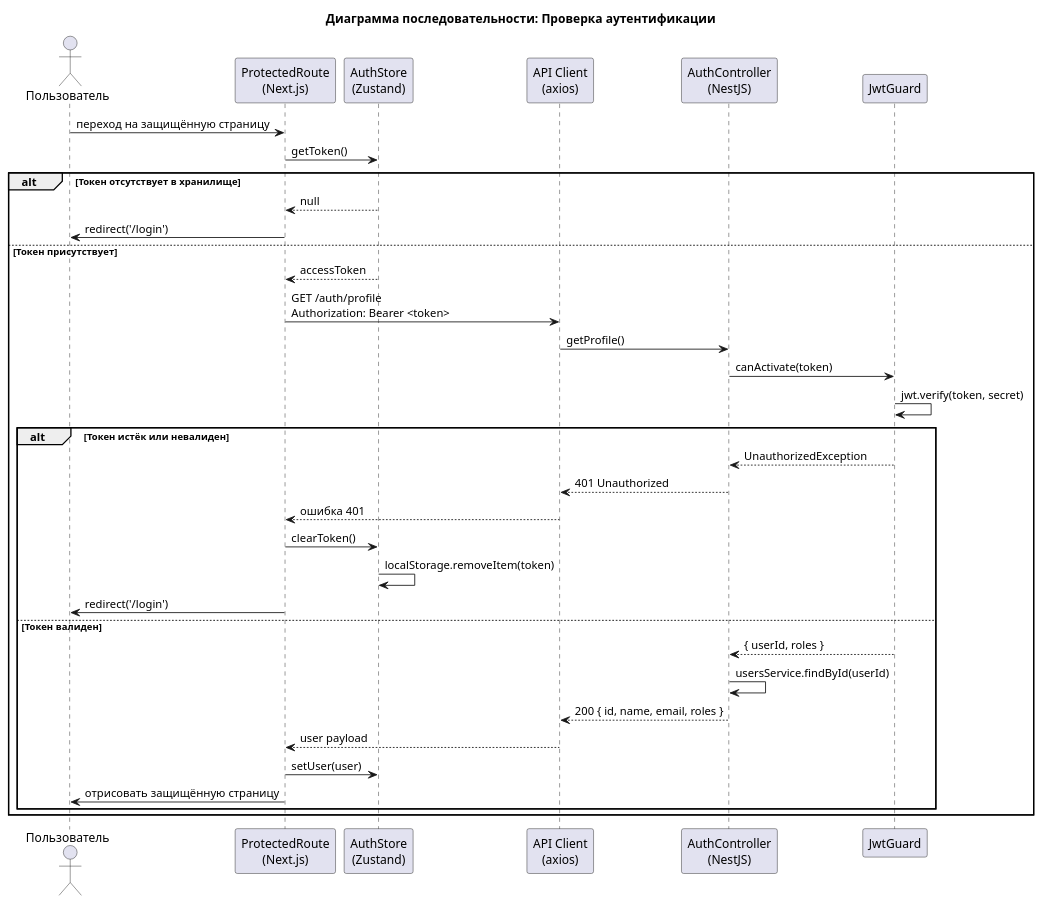
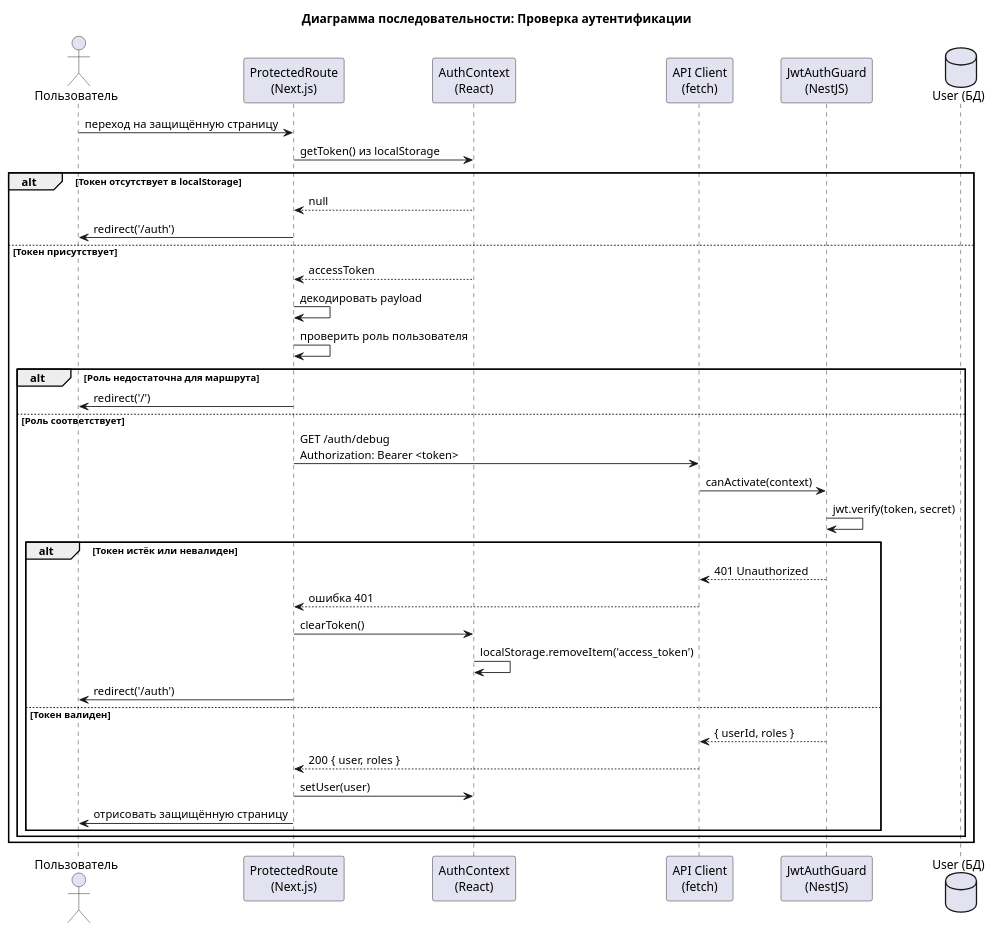
The diagram in пояснительная записка/diagrams/seq_02_authentication.puml (DoniZefironi/ASOI-Diploma), drawn with PlantUML before and after one commit. The commit also changed 13 other files, not shown here.

```diff
--- a/пояснительная записка/diagrams/seq_02_authentication.puml
+++ b/пояснительная записка/diagrams/seq_02_authentication.puml
@@ -1,41 +1,44 @@
 @startuml
 title Диаграмма последовательности: Проверка аутентификации
 
 actor Пользователь as User
 participant "ProtectedRoute\n(Next.js)" as PR
-participant "AuthStore\n(Zustand)" as AS
-participant "API Client\n(axios)" as API
-participant "AuthController\n(NestJS)" as AC
-participant "JwtGuard" as JG
+participant "AuthContext\n(React)" as AC
+participant "API Client\n(fetch)" as API
+participant "JwtAuthGuard\n(NestJS)" as JG
+database "User (БД)" as DB
 
 User -> PR: переход на защищённую страницу
-PR -> AS: getToken()
+PR -> AC: getToken() из localStorage
 
-alt Токен отсутствует в хранилище
-  AS --> PR: null
-  PR -> User: redirect('/login')
+alt Токен отсутствует в localStorage
+  AC --> PR: null
+  PR -> User: redirect('/auth')
 else Токен присутствует
-  AS --> PR: accessToken
-  PR -> API: GET /auth/profile\nAuthorization: Bearer <token>
-  API -> AC: getProfile()
-  AC -> JG: canActivate(token)
-  JG -> JG: jwt.verify(token, secret)
+  AC --> PR: accessToken
+  PR -> PR: декодировать payload
+  PR -> PR: проверить роль пользователя
 
-  alt Токен истёк или невалиден
-    JG --> AC: UnauthorizedException
-    AC --> API: 401 Unauthorized
-    API --> PR: ошибка 401
-    PR -> AS: clearToken()
-    AS -> AS: localStorage.removeItem(token)
-    PR -> User: redirect('/login')
-  else Токен валиден
-    JG --> AC: { userId, roles }
-    AC -> AC: usersService.findById(userId)
-    AC --> API: 200 { id, name, email, roles }
-    API --> PR: user payload
-    PR -> AS: setUser(user)
-    PR -> User: отрисовать защищённую страницу
+  alt Роль недостаточна для маршрута
+    PR -> User: redirect('/')
+  else Роль соответствует
+    PR -> API: GET /auth/debug\nAuthorization: Bearer <token>
+    API -> JG: canActivate(context)
+    JG -> JG: jwt.verify(token, secret)
+
+    alt Токен истёк или невалиден
+      JG --> API: 401 Unauthorized
+      API --> PR: ошибка 401
+      PR -> AC: clearToken()
+      AC -> AC: localStorage.removeItem('access_token')
+      PR -> User: redirect('/auth')
+    else Токен валиден
+      JG --> API: { userId, roles }
+      API --> PR: 200 { user, roles }
+      PR -> AC: setUser(user)
+      PR -> User: отрисовать защищённую страницу
+    end
   end
 end
 
 @enduml
```
